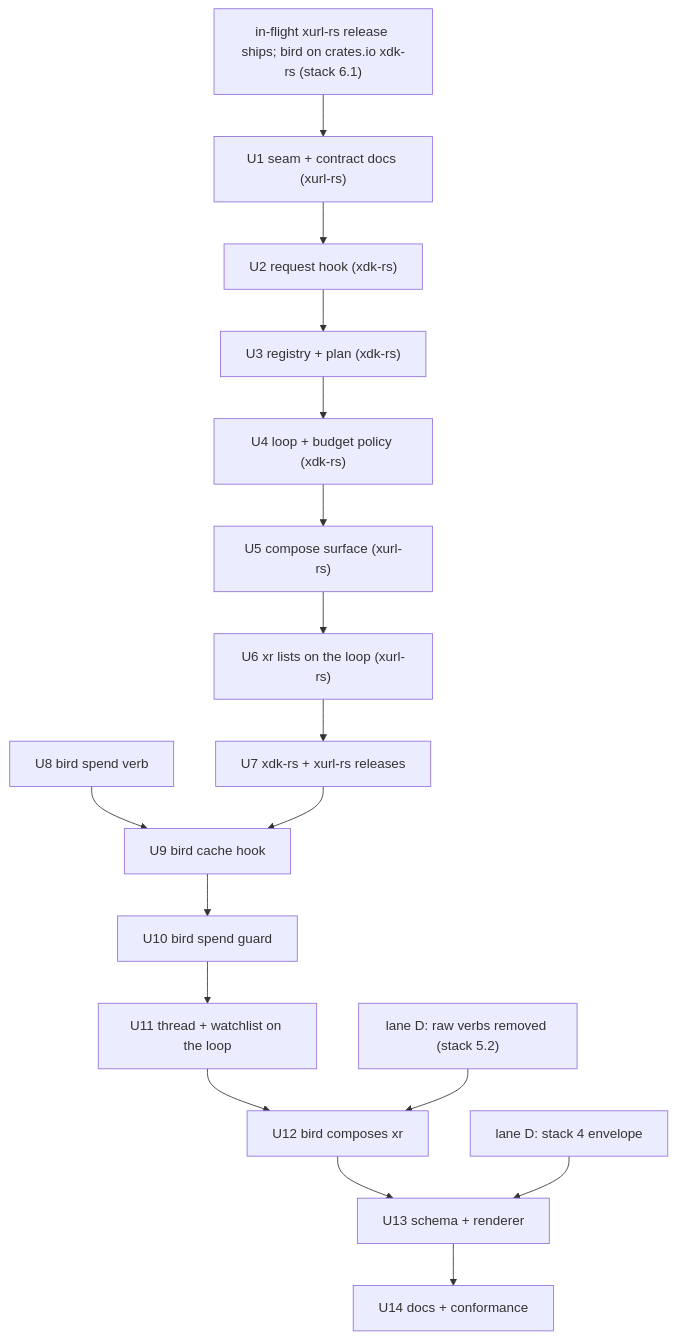
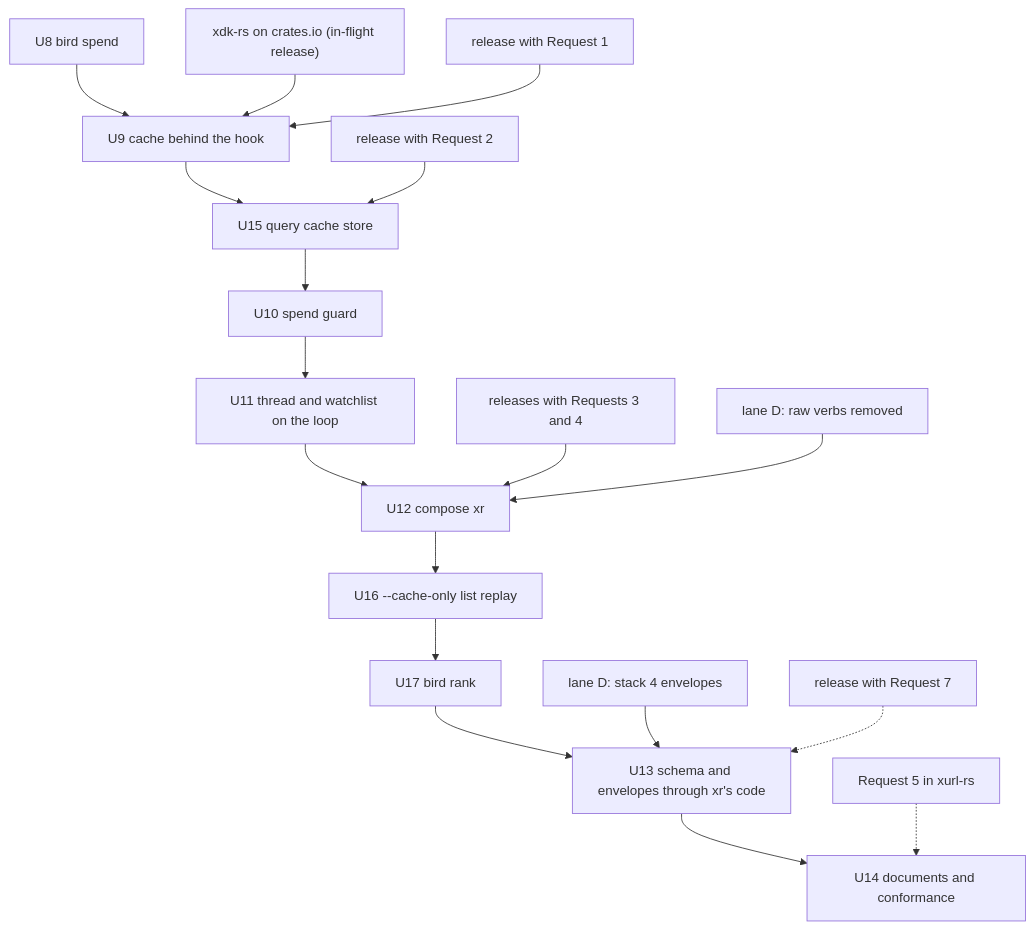
The second of 2 diagrams in docs/plans/2026-10-22-003-feat-bird-extends-xr-plan.md (brettdavies/bird), drawn with Mermaid before and after one commit. The commit also changed other lines of this file and 1 other file, not shown here.

First line of the commit message:
docs(plans): ask xurl-rs for the composition capabilities and add the query cache and bird rank

````diff
--- a/docs/plans/2026-10-22-003-feat-bird-extends-xr-plan.md
+++ b/docs/plans/2026-10-22-003-feat-bird-extends-xr-plan.md
@@ -286,13 +317,18 @@
 ```mermaid
 flowchart TB
-  R0["in-flight xurl-rs release ships; bird on crates.io xdk-rs (stack 6.1)"] --> U1
-  U1["U1 seam + contract docs (xurl-rs)"] --> U2["U2 request hook (xdk-rs)"]
-  U2 --> U3["U3 registry + plan (xdk-rs)"] --> U4["U4 loop + budget policy (xdk-rs)"]
-  U4 --> U5["U5 compose surface (xurl-rs)"] --> U6["U6 xr lists on the loop (xurl-rs)"]
-  U6 --> U7["U7 xdk-rs + xurl-rs releases"]
-  U8["U8 bird spend verb"] --> U9
-  U7 --> U9["U9 bird cache hook"] --> U10["U10 bird spend guard"] --> U11["U11 thread + watchlist on the loop"]
-  U11 --> U12["U12 bird composes xr"] --> U13["U13 schema + renderer"] --> U14["U14 docs + conformance"]
-  D["lane D: raw verbs removed (stack 5.2)"] --> U12
-  S4["lane D: stack 4 envelope"] --> U13
+  U8["U8 bird spend"] --> U9
+  REL0["xdk-rs on crates.io (in-flight release)"] --> U9
+  REQ1["release with Request 1"] --> U9["U9 cache behind the hook"]
+  U9 --> U15["U15 query cache store"]
+  REQ2["release with Request 2"] --> U15
+  U15 --> U10["U10 spend guard"] --> U11["U11 thread and watchlist on the loop"]
+  U11 --> U12["U12 compose xr"]
+  REQ34["releases with Requests 3 and 4"] --> U12
+  D5["lane D: raw verbs removed"] --> U12
+  U12 --> U16["U16 --cache-only list replay"] --> U17["U17 bird rank"]
+  U17 --> U13["U13 schema and envelopes through xr's code"]
+  S4["lane D: stack 4 envelopes"] --> U13
+  REQ7["release with Request 7"] -.-> U13
+  U13 --> U14["U14 documents and conformance"]
+  REQ5["Request 5 in xurl-rs"] -.-> U14
 ```
````
